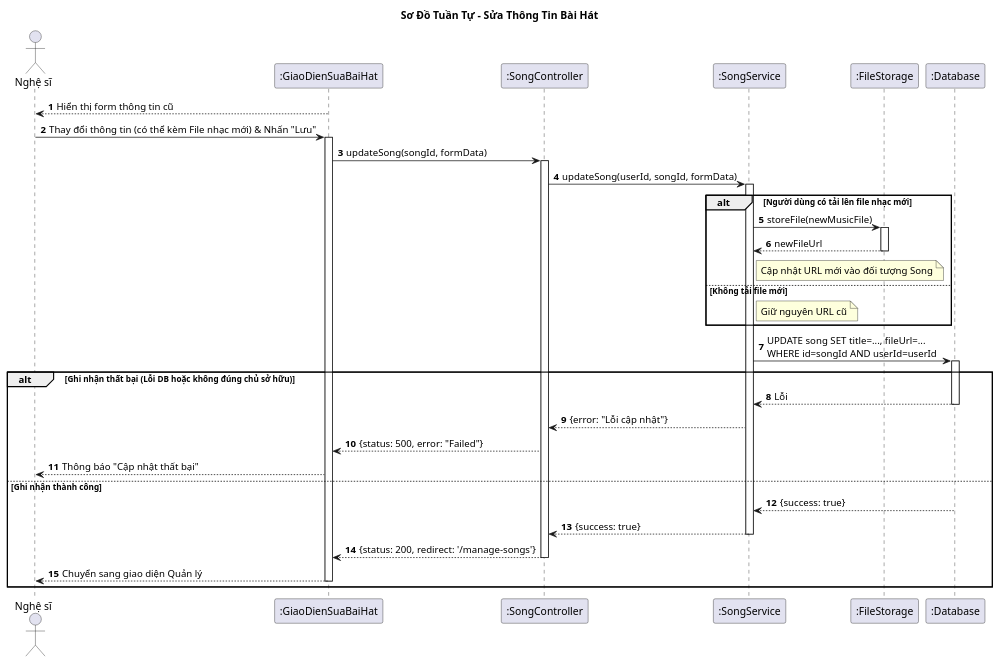
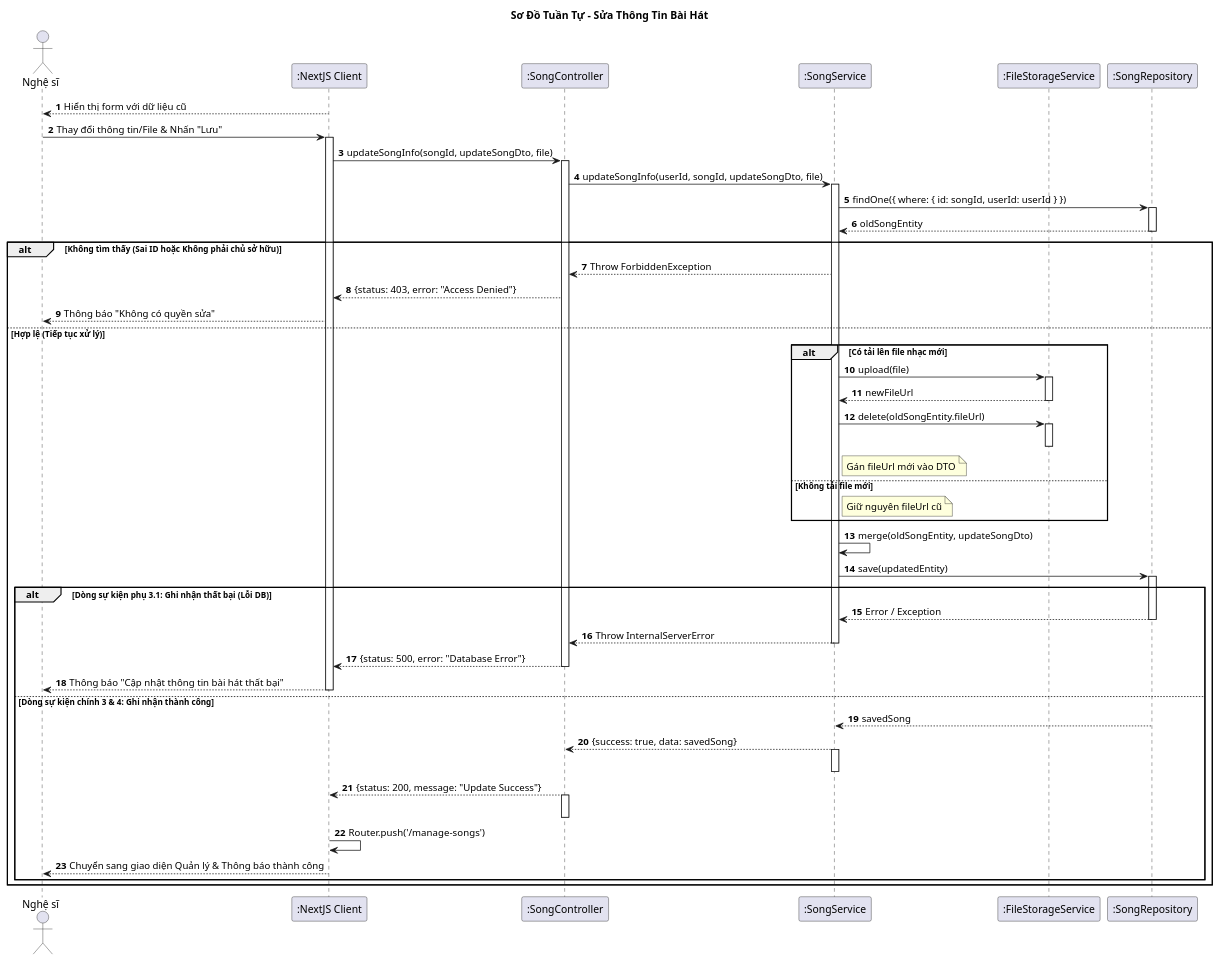
The diagram in Diagrams/SequenceDiagram/EditInformationSongSD.plantuml (vinh047/soundwave), drawn with PlantUML before and after one commit. The commit also changed 25 other files, not shown here.

Commit message:
Thêm phần toggle theo dõi vào đặc tả, sửa sequence, sửa class đồng bộ với sequence

```diff
--- a/Diagrams/SequenceDiagram/EditInformationSongSD.plantuml
+++ b/Diagrams/SequenceDiagram/EditInformationSongSD.plantuml
@@ -1,61 +1,97 @@
-@startuml Sequence Diagram - Sửa Thông Tin Bài Hát
+@startuml Sequence Diagram - Sửa Thông Tin Bài Hát 
 
-title Sơ Đồ Tuần Tự - Sửa Thông Tin Bài Hát
+title Sơ Đồ Tuần Tự - Sửa Thông Tin Bài Hát 
 
 actor "Nghệ sĩ" as Artist
-participant ":GiaoDienSuaBaiHat" as UI
+participant ":NextJS Client" as UI
 participant ":SongController" as Controller
 participant ":SongService" as Service
-participant ":FileStorage" as Storage
-participant ":Database" as DB
+participant ":FileStorageService" as Storage
+participant ":SongRepository" as DB
 
 autonumber
 
-' === BƯỚC 1: HIỂN THỊ ===
-UI --> Artist: Hiển thị form thông tin cũ
+' === BƯỚC 1: HIỂN THỊ FORM (Implicit) ===
+UI --> Artist: Hiển thị form với dữ liệu cũ
 
-' === BƯỚC 2: GỬI YÊU CẦU ===
-Artist -> UI: Thay đổi thông tin (có thể kèm File nhạc mới) & Nhấn "Lưu"
+' === BƯỚC 2: NGHỆ SĨ SỬA & LƯU ===
+Artist -> UI: Thay đổi thông tin/File & Nhấn "Lưu"
 activate UI
-UI -> Controller: updateSong(songId, formData)
+
+' Gửi request API
+UI -> Controller: updateSongInfo(songId, updateSongDto, file)
 activate Controller
-Controller -> Service: updateSong(userId, songId, formData)
+
+' Lấy userId từ Token (req.user)
+Controller -> Service: updateSongInfo(userId, songId, updateSongDto, file)
 activate Service
 
-' === BƯỚC 3: XỬ LÝ LOGIC ===
+' === BƯỚC 3: LẤY DỮ LIỆU CŨ & CHECK QUYỀN ===
+Service -> DB: findOne({ where: { id: songId, userId: userId } })
+activate DB
+DB --> Service: oldSongEntity
+deactivate DB
 
-' [MỚI] Kiểm tra xem người dùng có up file nhạc mới không?
-alt Người dùng có tải lên file nhạc mới
-    Service -> Storage: storeFile(newMusicFile)
-    activate Storage
-    Storage --> Service: newFileUrl
-    deactivate Storage
-    note right of Service: Cập nhật URL mới vào đối tượng Song
-else Không tải file mới
-    note right of Service: Giữ nguyên URL cũ
-end
+alt Không tìm thấy (Sai ID hoặc Không phải chủ sở hữu)
+    Service --> Controller: Throw ForbiddenException
+    Controller --> UI: {status: 403, error: "Access Denied"}
+    UI --> Artist: Thông báo "Không có quyền sửa"
+    
+else Hợp lệ (Tiếp tục xử lý)
 
-' === BƯỚC 4: GHI DB ===
-Service -> DB: UPDATE song SET title=..., fileUrl=... \nWHERE id=songId AND userId=userId
-activate DB
+    ' === BƯỚC 4: XỬ LÝ FILE (Logic File) ===
+    alt Có tải lên file nhạc mới
+        Service -> Storage: upload(file)
+        activate Storage
+        Storage --> Service: newFileUrl
+        deactivate Storage
+        
+        ' Xóa file cũ (Dọn rác)
+        Service -> Storage: delete(oldSongEntity.fileUrl)
+        activate Storage
+        deactivate Storage
+        
+        note right of Service: Gán fileUrl mới vào DTO
+    else Không tải file mới
+        note right of Service: Giữ nguyên fileUrl cũ
+    end
 
-alt Ghi nhận thất bại (Lỗi DB hoặc không đúng chủ sở hữu)
-    DB --> Service: Lỗi
-    deactivate DB
-    Service --> Controller: {error: "Lỗi cập nhật"}
-    Controller --> UI: {status: 500, error: "Failed"}
-    UI --> Artist: Thông báo "Cập nhật thất bại"
-
-else Ghi nhận thành công
-    DB --> Service: {success: true}
-    deactivate DB
-    Service --> Controller: {success: true}
-    deactivate Service
+    ' === BƯỚC 5: CẬP NHẬT DB & XỬ LÝ LỖI (Use Case 3 & 3.1) ===
+    Service -> Service: merge(oldSongEntity, updateSongDto)
     
-    Controller --> UI: {status: 200, redirect: '/manage-songs'}
-    deactivate Controller
+    Service -> DB: save(updatedEntity)
+    activate DB
     
-    UI --> Artist: Chuyển sang giao diện Quản lý
-    deactivate UI
+    alt Dòng sự kiện phụ 3.1: Ghi nhận thất bại (Lỗi DB)
+        DB --> Service: Error / Exception
+        deactivate DB
+        
+        Service --> Controller: Throw InternalServerError
+        deactivate Service
+        
+        Controller --> UI: {status: 500, error: "Database Error"}
+        deactivate Controller
+        
+        UI --> Artist: Thông báo "Cập nhật thông tin bài hát thất bại"
+        deactivate UI
+        
+    else Dòng sự kiện chính 3 & 4: Ghi nhận thành công
+        ' (DB đã activate ở trên)
+        DB --> Service: savedSong
+        deactivate DB
+        
+        Service --> Controller: {success: true, data: savedSong}
+        activate Service
+        deactivate Service
+        
+        Controller --> UI: {status: 200, message: "Update Success"}
+        activate Controller
+        deactivate Controller
+        
+        ' Client chuyển hướng
+        UI -> UI: Router.push('/manage-songs')
+        UI --> Artist: Chuyển sang giao diện Quản lý & Thông báo thành công
+        deactivate UI
+    end
 end
 @enduml
```
